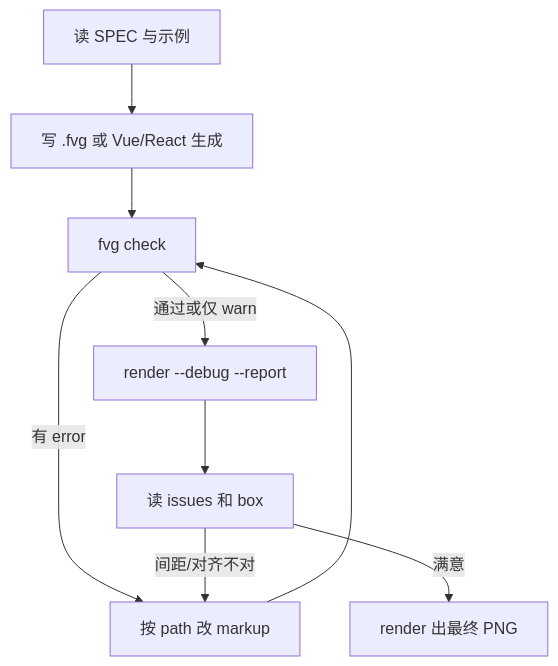
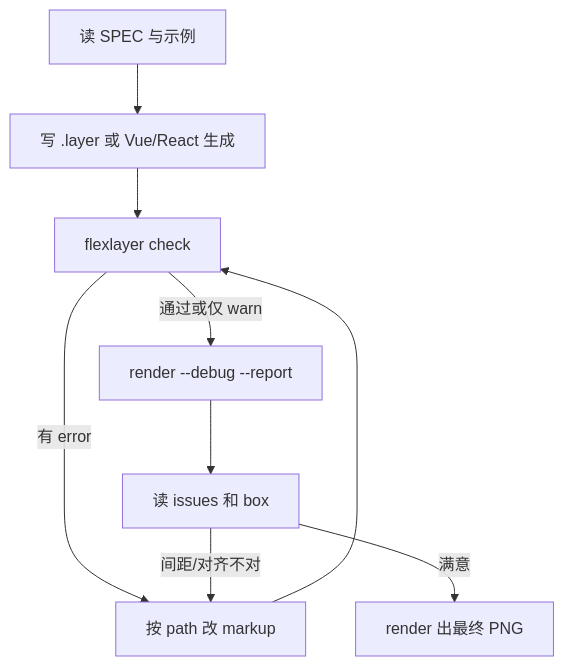
Before and after one commit to ruochi/FVG: the diagram in AI.md, drawn with Mermaid. The commit also changed other lines of this file and 60 other files, not shown here.

First line of the commit message:
rename: FVG → Flex Layer，根标签统一为 <Layer>

````diff
--- a/AI.md
+++ b/AI.md
@@ -104,11 +104,11 @@
 ```mermaid
 flowchart TD
-  readSpec[读 SPEC 与示例] --> write[写 .fvg 或 Vue/React 生成]
-  write --> check[fvg check]
+  readSpec[读 SPEC 与示例] --> write[写 .layer 或 Vue/React 生成]
+  write --> check[flexlayer check]
   check -->|有 error| fix[按 path 改 markup]
   fix --> check
   check -->|通过或仅 warn| debug["render --debug --report"]
   debug --> readReport[读 issues 和 box]
   readReport -->|间距/对齐不对| fix
   readReport -->|满意| render[render 出最终 PNG]
 ```
````
